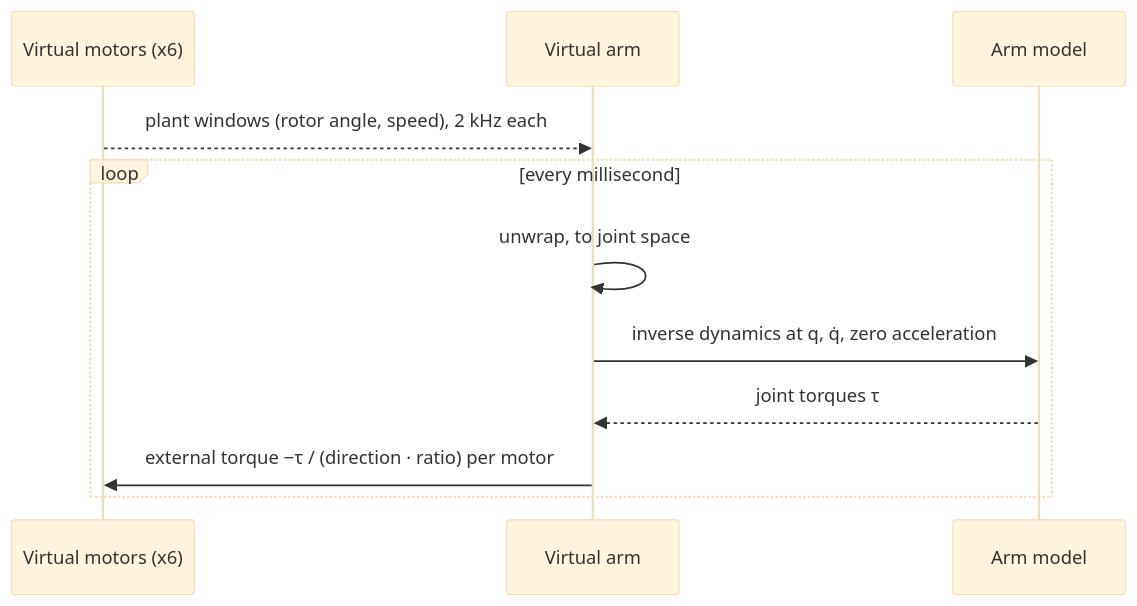
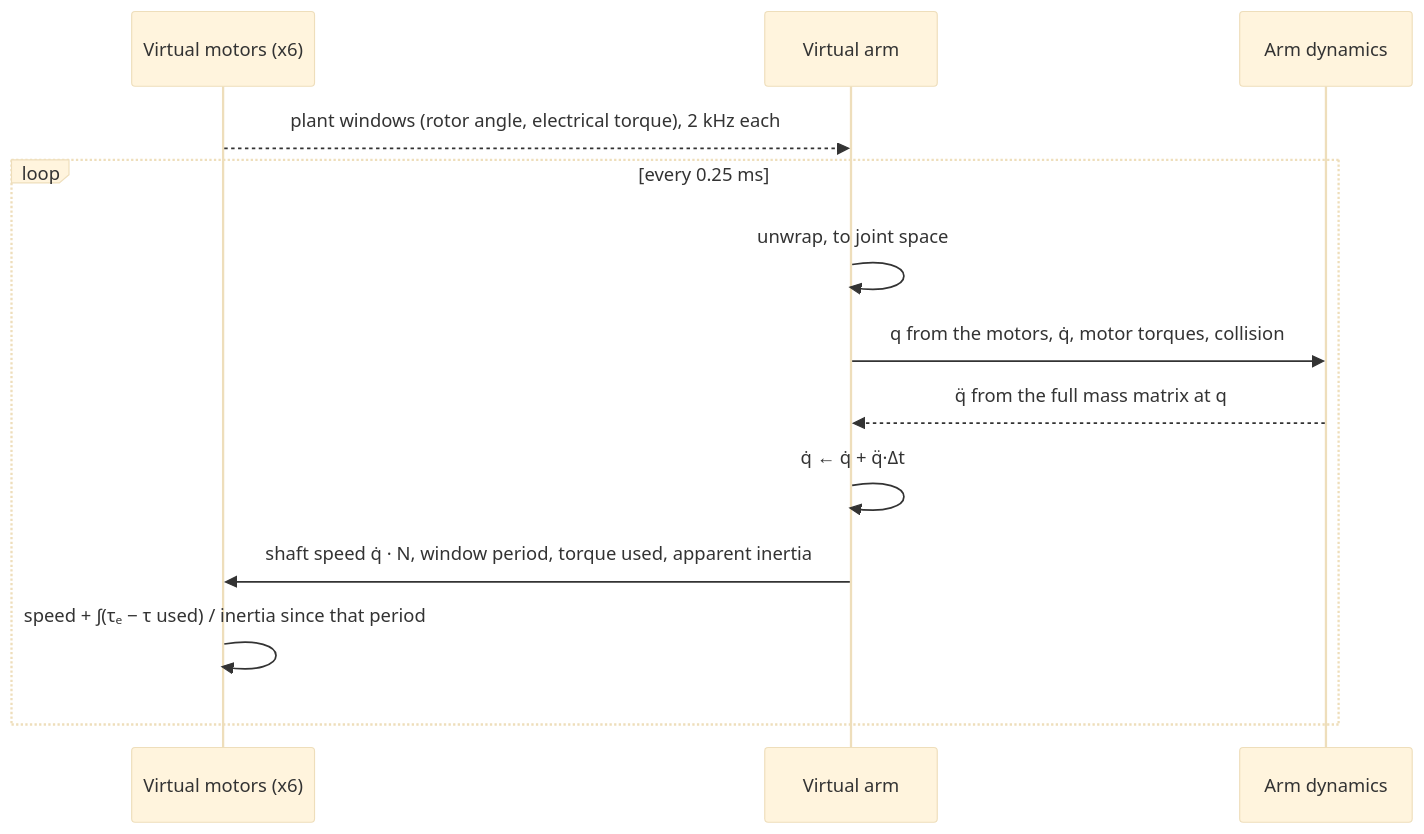
One commit to embedded-pro/e-robot-arm changed the second of 3 diagrams in documentation/design/virtual-arm.md. Above: the diagram before and after it, drawn with Mermaid (base theme). The commit also changed other lines of this file and 23 other files, not shown here.

First line of the commit message:
feat(virtual-arm): integrate the arm's full dynamics and drive each motor's shaft

````diff
--- a/documentation/design/virtual-arm.md
+++ b/documentation/design/virtual-arm.md
@@ -166,13 +177,15 @@
 ```mermaid
 sequenceDiagram
     participant M as Virtual motors (x6)
     participant V as Virtual arm
-    participant A as Arm model
-    M-->>V: plant windows (rotor angle, speed), 2 kHz each
-    loop every millisecond
+    participant A as Arm dynamics
+    M-->>V: plant windows (rotor angle, electrical torque), 2 kHz each
+    loop every 0.25 ms
         V->>V: unwrap, to joint space
-        V->>A: inverse dynamics at q, q̇, zero acceleration
-        A-->>V: joint torques τ
-        V->>M: external torque −τ / (direction · ratio) per motor
+        V->>A: q from the motors, q̇, motor torques, collision
+        A-->>V: q̈ from the full mass matrix at q
+        V->>V: q̇ ← q̇ + q̈·Δt
+        V->>M: shaft speed q̇ · N, window period, torque used, apparent inertia
+        M->>M: speed + ∫(τₑ − τ used) / inertia since that period
     end
 ```
````
